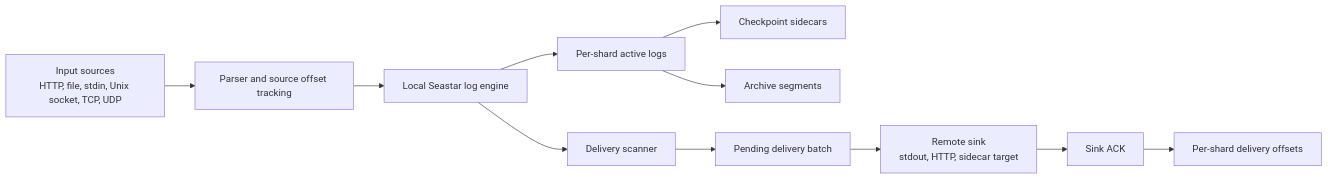
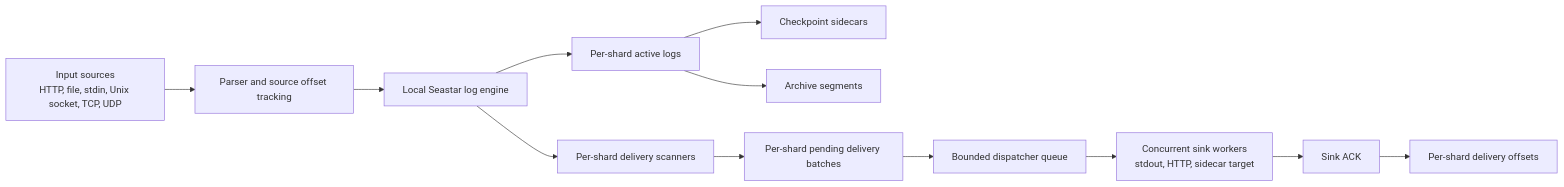
The first of 2 diagrams in doc/agent-architecture.md (ytLiuq/seastar-log-engine), drawn with Mermaid before and after one commit. The commit also changed other lines of this file and 15 other files, not shown here.

Commit message:
Add hybrid delivery scanner architecture

````diff
--- a/doc/agent-architecture.md
+++ b/doc/agent-architecture.md
@@ -7,13 +7,14 @@
 ```mermaid
 flowchart LR
     A["Input sources<br/>HTTP, file, stdin, Unix socket, TCP, UDP"] --> B["Parser and source offset tracking"]
     B --> C["Local Seastar log engine"]
     C --> D["Per-shard active logs"]
     D --> E["Checkpoint sidecars"]
     D --> F["Archive segments"]
-    C --> G["Delivery scanner"]
-    G --> H["Pending delivery batch"]
-    H --> I["Remote sink<br/>stdout, HTTP, sidecar target"]
+    C --> G["Per-shard delivery scanners"]
+    G --> H["Per-shard pending delivery batches"]
+    H --> Q["Bounded dispatcher queue"]
+    Q --> I["Concurrent sink workers<br/>stdout, HTTP, sidecar target"]
     I --> J["Sink ACK"]
     J --> K["Per-shard delivery offsets"]
 ```
````
